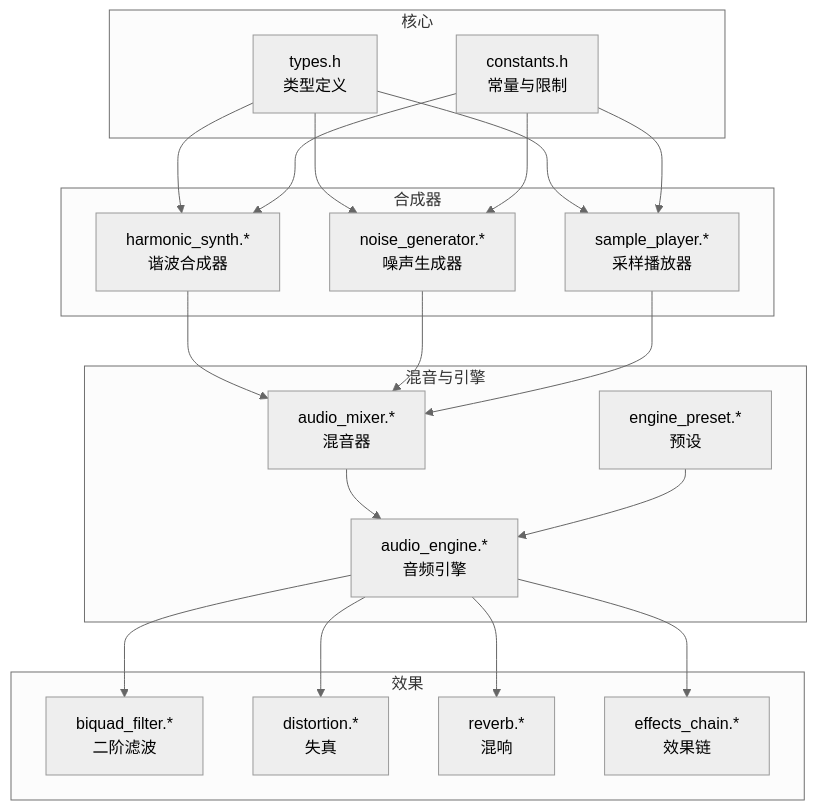
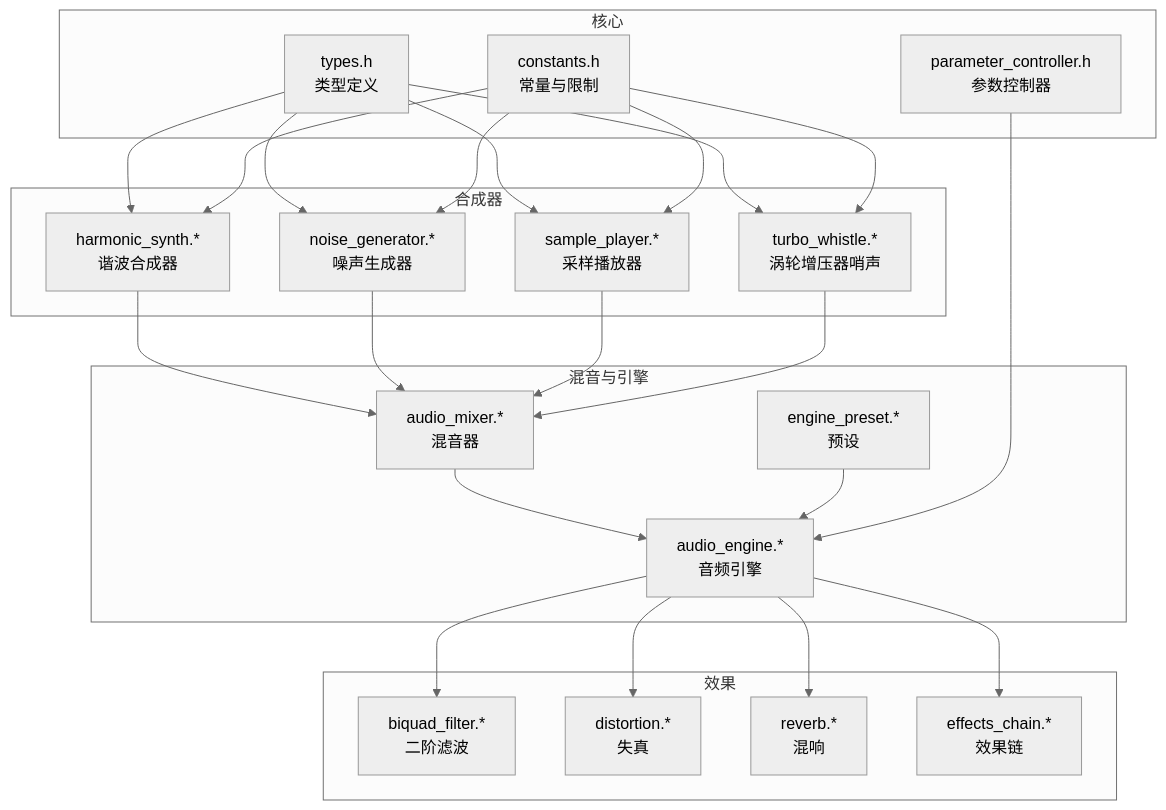
Before and after one commit to bangbangde/racing-sound-engine: the first of 8 diagrams in .qoder/repowiki/zh/content/声音合成系统/声音合成系统.md, drawn with Mermaid (neutral theme). The commit also changed other lines of this file and 88 other files, not shown here.

````diff
--- a/.qoder/repowiki/zh/content/声音合成系统/声音合成系统.md
+++ b/.qoder/repowiki/zh/content/声音合成系统/声音合成系统.md
@@ -56,38 +63,44 @@
 ```mermaid
 graph TB
 subgraph "核心"
 Types["types.h<br/>类型定义"]
 Consts["constants.h<br/>常量与限制"]
+PC["parameter_controller.h<br/>参数控制器"]
 end
 subgraph "合成器"
 HS["harmonic_synth.*<br/>谐波合成器"]
 NG["noise_generator.*<br/>噪声生成器"]
 SP["sample_player.*<br/>采样播放器"]
+TW["turbo_whistle.*<br/>涡轮增压器哨声"]
 end
 subgraph "效果"
 BIQ["biquad_filter.*<br/>二阶滤波"]
 DST["distortion.*<br/>失真"]
 RVB["reverb.*<br/>混响"]
 FXC["effects_chain.*<br/>效果链"]
 end
 subgraph "混音与引擎"
 MIX["audio_mixer.*<br/>混音器"]
 AE["audio_engine.*<br/>音频引擎"]
 PRE["engine_preset.*<br/>预设"]
 end
 Types --> HS
 Consts --> HS
 Types --> NG
 Consts --> NG
 Types --> SP
 Consts --> SP
+Types --> TW
+Consts --> TW
 HS --> MIX
 NG --> MIX
 SP --> MIX
+TW --> MIX
 MIX --> AE
 PRE --> AE
+PC --> AE
 AE --> BIQ
 AE --> DST
 AE --> RVB
 AE --> FXC
 ```
````
